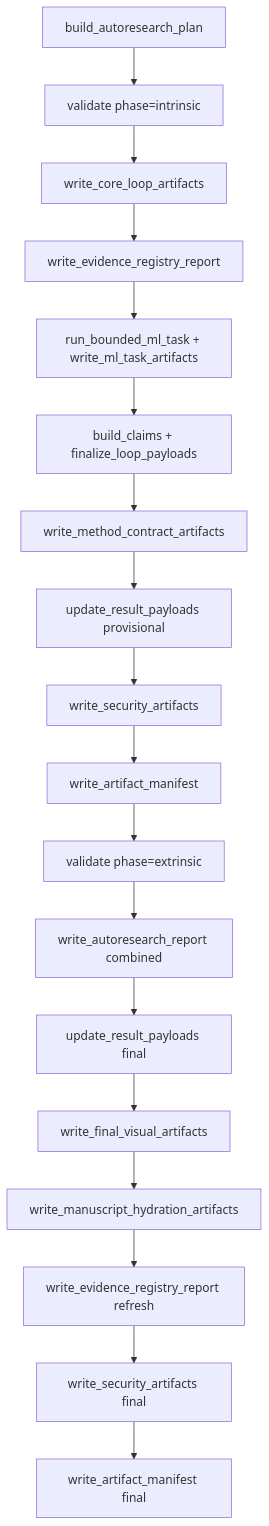
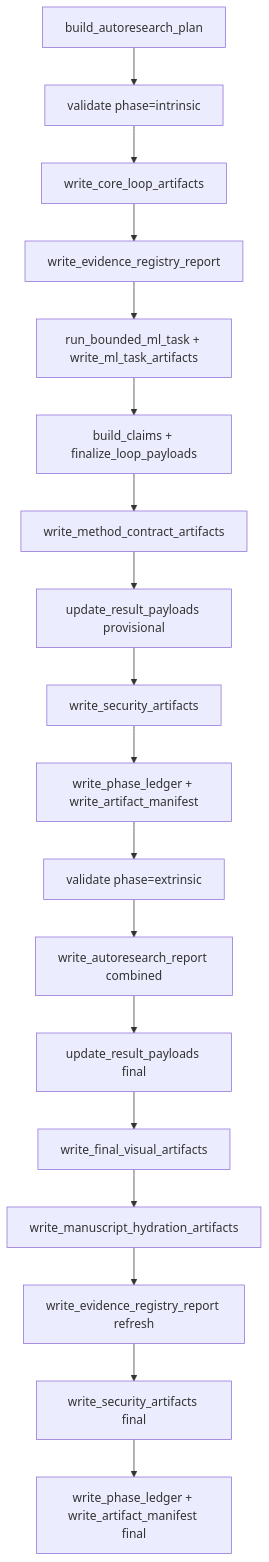
One commit to docxology/template changed the diagram in projects/template_autoresearch_project/README.md. Above: the diagram before and after it, drawn with Mermaid. The commit also changed other lines of this file and 116 other files, not shown here.

````diff
--- a/projects/template_autoresearch_project/README.md
+++ b/projects/template_autoresearch_project/README.md
@@ -54,20 +63,20 @@
 ```mermaid
 flowchart TB
   plan[build_autoresearch_plan] --> intrinsic[validate phase=intrinsic]
   intrinsic --> core[write_core_loop_artifacts]
   core --> registry1[write_evidence_registry_report]
   registry1 --> ml[run_bounded_ml_task + write_ml_task_artifacts]
   ml --> claims[build_claims + finalize_loop_payloads]
   claims --> methods[write_method_contract_artifacts]
   methods --> update1[update_result_payloads provisional]
   update1 --> security1[write_security_artifacts]
-  security1 --> manifest1[write_artifact_manifest]
-  manifest1 --> extrinsic[validate phase=extrinsic]
+  security1 --> phase1[write_phase_ledger + write_artifact_manifest]
+  phase1 --> extrinsic[validate phase=extrinsic]
   extrinsic --> readiness[write_autoresearch_report combined]
   readiness --> update2[update_result_payloads final]
   update2 --> visuals[write_final_visual_artifacts]
   visuals --> hydrate[write_manuscript_hydration_artifacts]
   hydrate --> registry2[write_evidence_registry_report refresh]
   registry2 --> security2[write_security_artifacts final]
-  security2 --> manifest2[write_artifact_manifest final]
+  security2 --> phase2[write_phase_ledger + write_artifact_manifest final]
 ```
````
